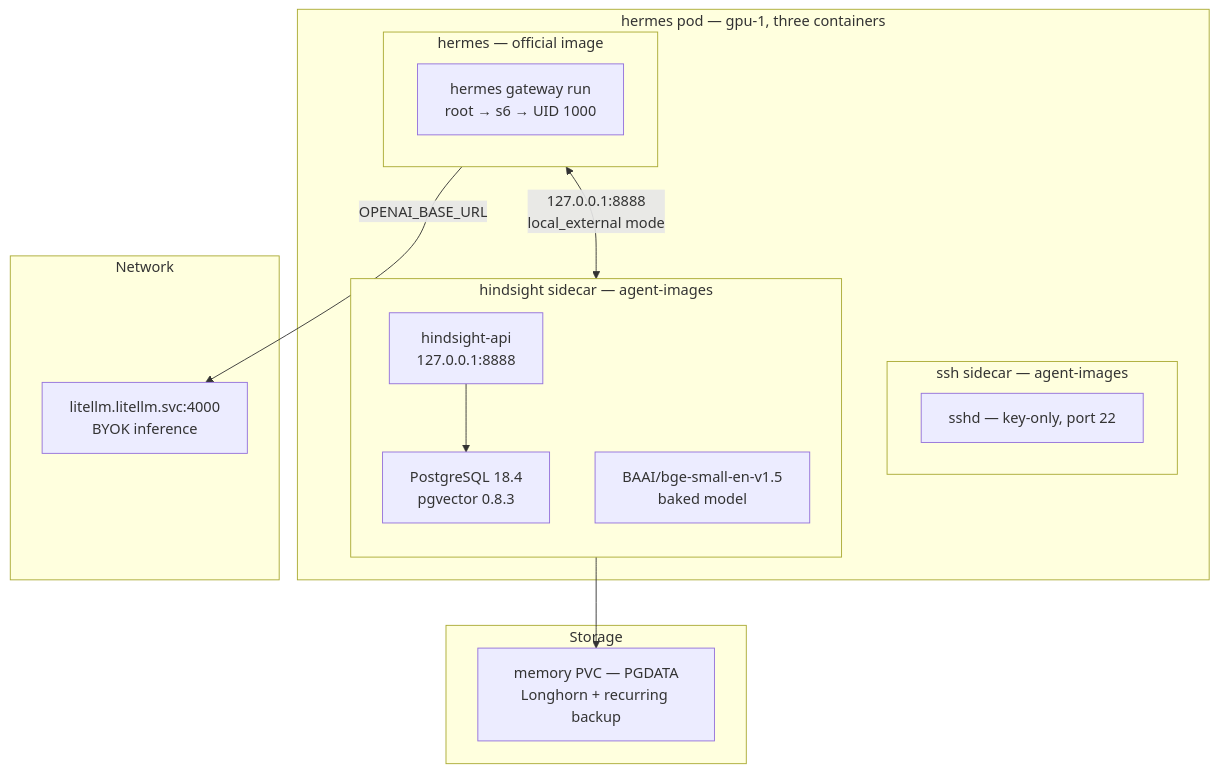
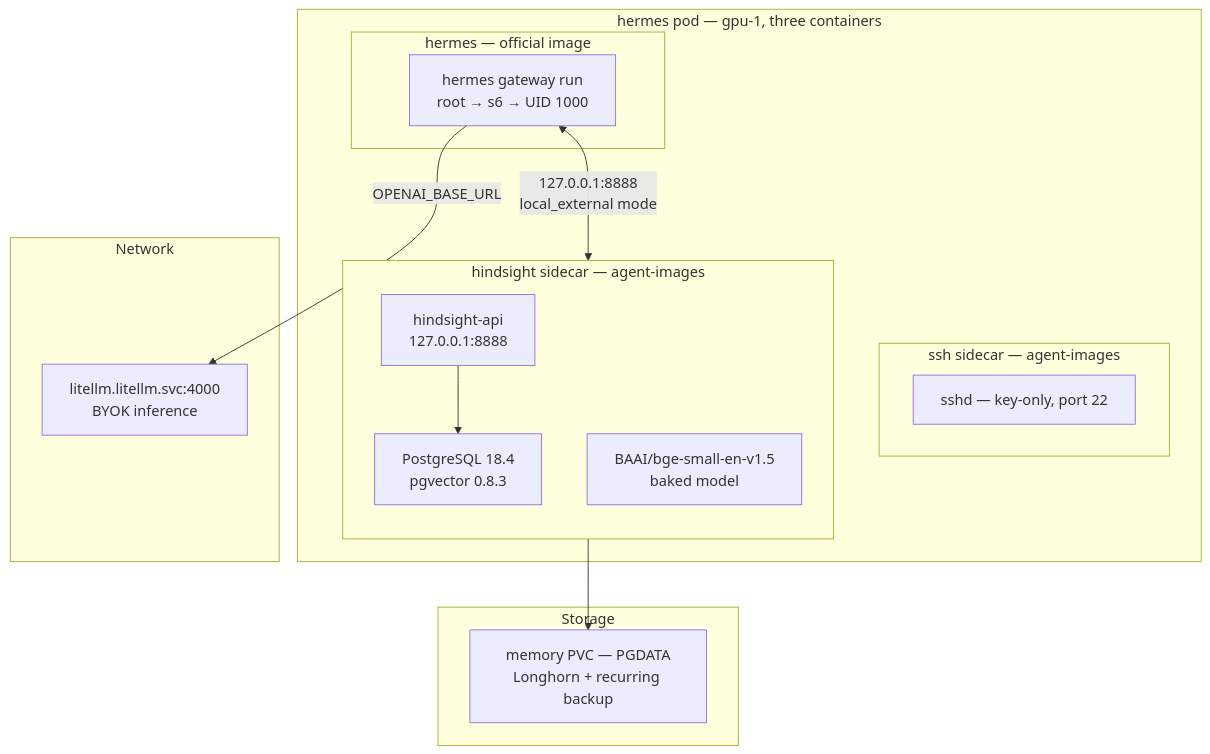
The diagram in blog/content/docs/building/33-hermes-shell/index.md (derio-net/frank), drawn with Mermaid before and after one commit. The commit also changed other lines of this file and 52 other files, not shown here.

````diff
--- a/blog/content/docs/building/33-hermes-shell/index.md
+++ b/blog/content/docs/building/33-hermes-shell/index.md
@@ -21,28 +21,28 @@
 ```mermaid
 flowchart TD
   subgraph Pod[hermes pod — gpu-1, three containers]
     subgraph Main[hermes — official image]
       GW[hermes gateway run<br/>root → s6 → UID 1000]
     end
     subgraph SSH[ssh sidecar — agent-images]
       SSHD[sshd — key-only, port 22]
     end
     subgraph Hindsight[hindsight sidecar — agent-images]
       direction TB
       PG[PostgreSQL 18.4<br/>pgvector 0.8.3]
       HA[hindsight-api<br/>127.0.0.1:8888]
       EMB[BAAI/bge-small-en-v1.5<br/>baked model]
     end
   end
   subgraph Storage
     MEM[memory PVC — PGDATA<br/>Longhorn + recurring backup]
   end
   subgraph Network
     LLM[litellm.litellm.svc:4000<br/>BYOK inference]
   end
 
-  Main -->|OPENAI_BASE_URL| LLM
-  Main <-->|127.0.0.1:8888<br/>local_external mode| HA
+  GW -->|OPENAI_BASE_URL| LLM
+  GW <-->|127.0.0.1:8888<br/>local_external mode| HA
   HA --> PG
   PG --> MEM
 ```
````
